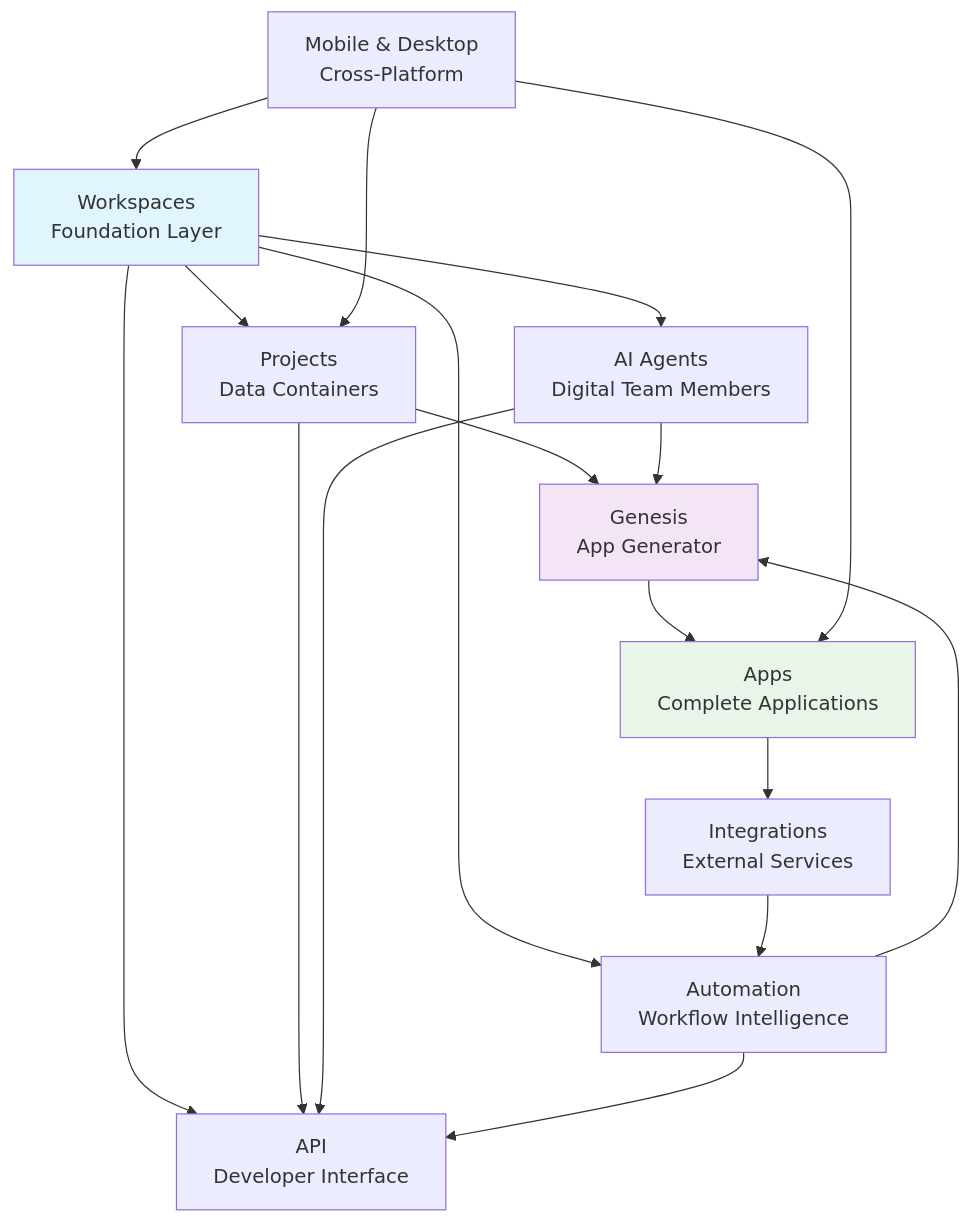
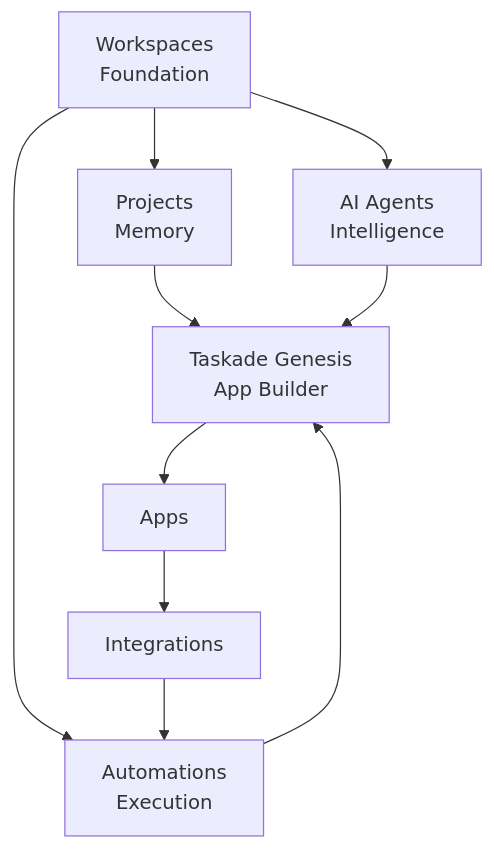
The diagram in help-and-support/index/README.md (taskade/docs), drawn with Mermaid before and after one commit. The commit also changed other lines of this file and 113 other files, not shown here.

````diff
--- a/help-and-support/index/README.md
+++ b/help-and-support/index/README.md
@@ -28,28 +26,14 @@
 ```mermaid
 flowchart TD
-    WS[Workspaces<br/>Foundation Layer] --> P[Projects<br/>Data Containers]
-    WS --> AA[AI Agents<br/>Digital Team Members]
-    WS --> AU[Automation<br/>Workflow Intelligence]
+    WS[Workspaces<br/>Foundation] --> P[Projects<br/>Memory]
+    WS --> AA[AI Agents<br/>Intelligence]
+    WS --> AU[Automations<br/>Execution]
 
-    P --> GE[Genesis<br/>App Generator]
+    P --> GE[Taskade Genesis<br/>App Builder]
     AA --> GE
     AU --> GE
 
-    GE --> AP[Apps<br/>Complete Applications]
-
-    AP --> INT[Integrations<br/>External Services]
+    GE --> AP[Apps]
+    AP --> INT[Integrations]
     INT --> AU
-
-    WS --> API[API<br/>Developer Interface]
-    P --> API
-    AA --> API
-    AU --> API
-
-    MOB[Mobile & Desktop<br/>Cross-Platform] --> WS
-    MOB --> P
-    MOB --> AP
-
-    style WS fill:#e1f5fe
-    style GE fill:#f3e5f5
-    style AP fill:#e8f5e8
 ```
````
